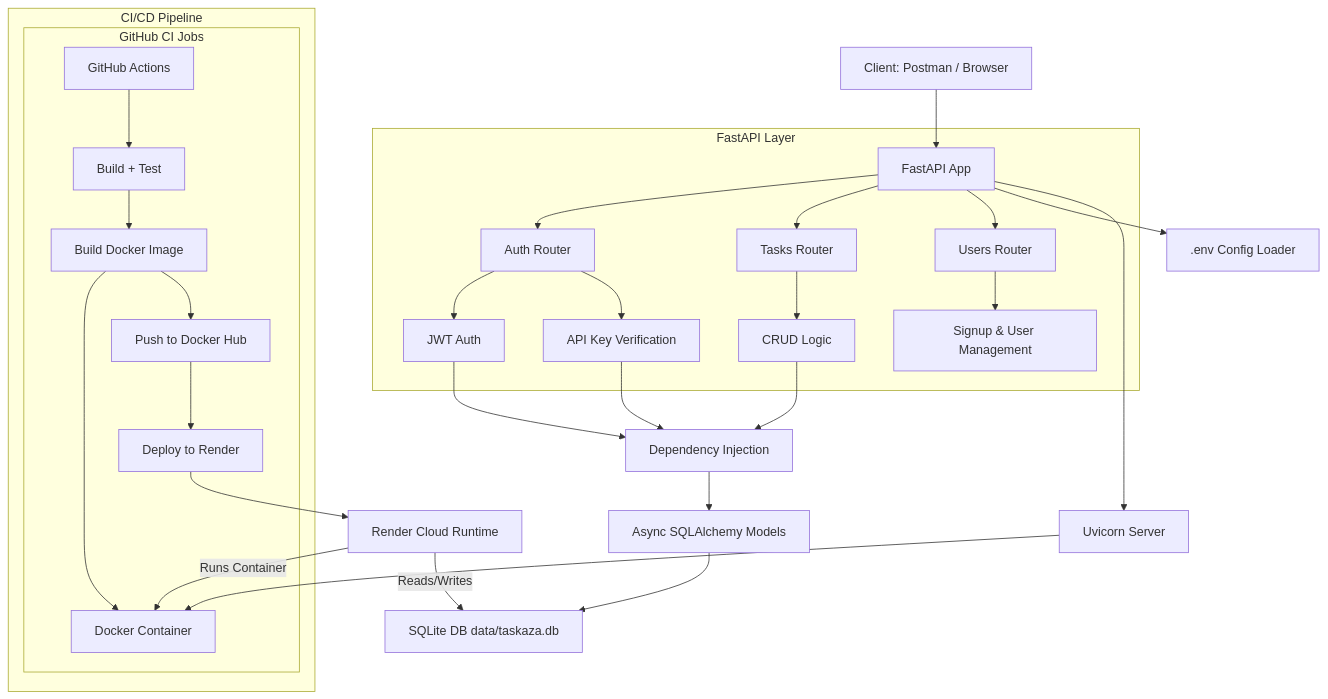
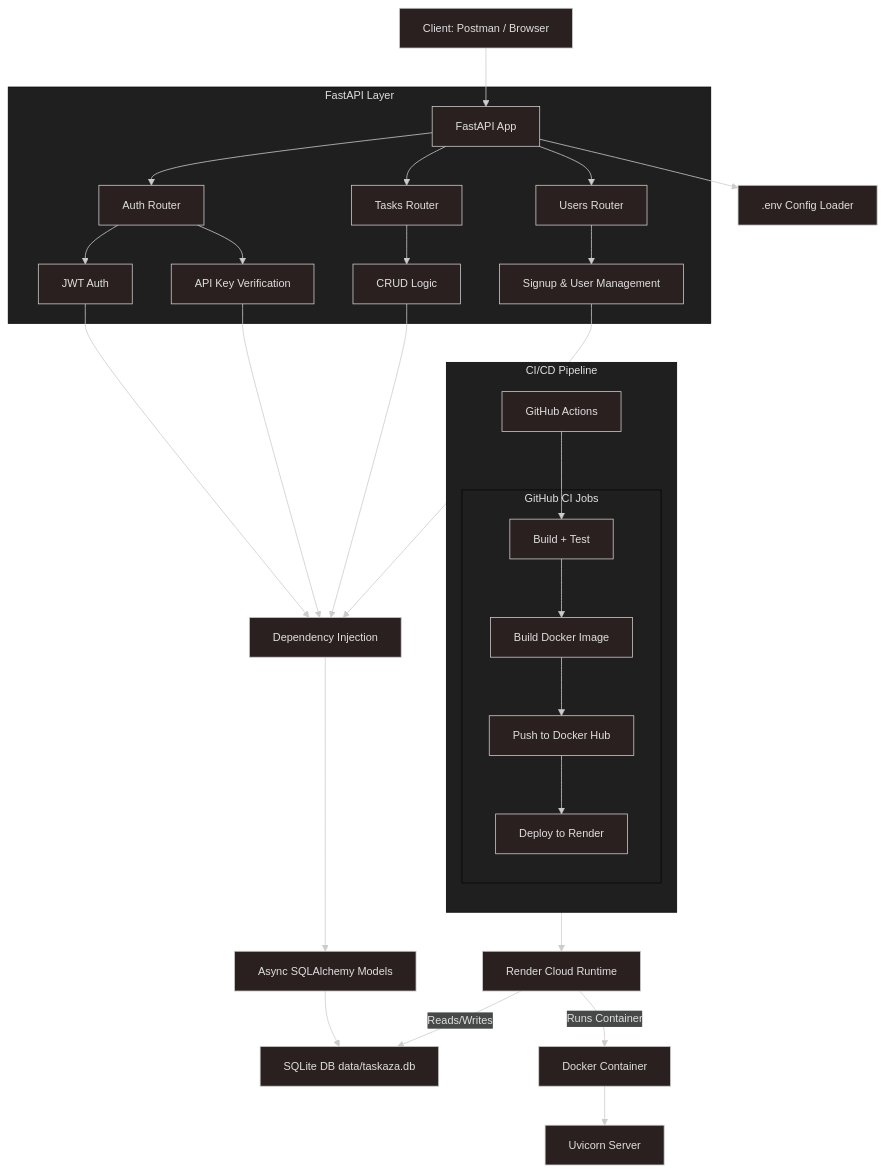
Before and after one commit to KayvanShah1/taskaza: the diagram in docs/ARCHITECTURE.md, drawn with Mermaid.

Commit message:
added architecture daigram

````diff
--- a/docs/ARCHITECTURE.md
+++ b/docs/ARCHITECTURE.md
@@ -5,43 +5,48 @@
 ```mermaid
+---
+config:
+  theme: neo-dark
+---
+
 graph TD
   A[Client: Postman / Browser] --> B[FastAPI App]
 
   subgraph FastAPI Layer
     B --> C1[Auth Router]
     B --> C2[Tasks Router]
     B --> C3[Users Router]
     C1 --> D1[JWT Auth]
     C1 --> D2[API Key Verification]
     C2 --> D3[CRUD Logic]
     C3 --> D4[Signup & User Management]
   end
 
   D1 --> E[Dependency Injection]
   D2 --> E
   D3 --> E
+  D4 --> E
 
   E --> F[Async SQLAlchemy Models]
   F --> G[SQLite DB data/taskaza.db]
 
   B --> H[.env Config Loader]
-  B --> I[Uvicorn Server]
-
-  %% runtime wrapper for FastAPI app
-  I --> J[Docker Container]
 
   subgraph CI/CD Pipeline
+    direction TB
+
     K[GitHub Actions]
+    K --> L1
 
     subgraph GitHub CI Jobs
-      K --> L1[Build + Test]
-      L1 --> L2[Build Docker Image]
-      L2 --> J
+      L1[Build + Test] --> L2[Build Docker Image]
       L2 --> L3[Push to Docker Hub]
       L3 --> L4[Deploy to Render]
     end
   end
 
   L4 --> M[Render Cloud Runtime]
-  M -->|Runs Container| J
+  M -->|Runs Container| J[Docker Container]
+  J --> I[Uvicorn Server]
   M -->|Reads/Writes| G
+
 ```
````
